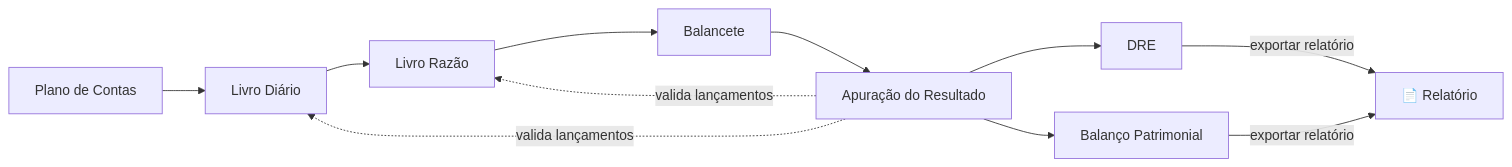
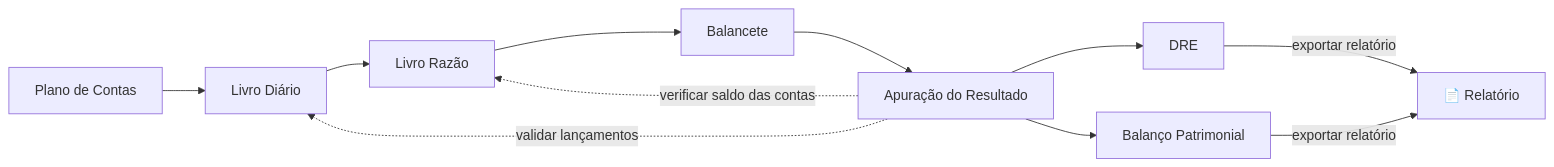
One commit to NES-Contabilidade-Integrada/doc-coins2026.1 changed the diagram in docs/index.md. Above: the diagram before and after it, drawn with Mermaid.

Commit message:
fix(homepage): correct flowchart labels to infinitive and fix razao arrow

````diff
--- a/docs/index.md
+++ b/docs/index.md
@@ -43,12 +43,12 @@
 ```mermaid
 flowchart LR
     A[Plano de Contas] --> B[Livro Diário]
     B --> C[Livro Razão]
     C --> D[Balancete]
     D --> E[Apuração do Resultado]
-    E -.->|valida lançamentos| B
-    E -.->|valida lançamentos| C
+    E -.->|validar lançamentos| B
+    E -.->|verificar saldo das contas| C
     E --> F[DRE]
     E --> G[Balanço Patrimonial]
     F & G -->|exportar relatório| H[📄 Relatório]
 ```
````
